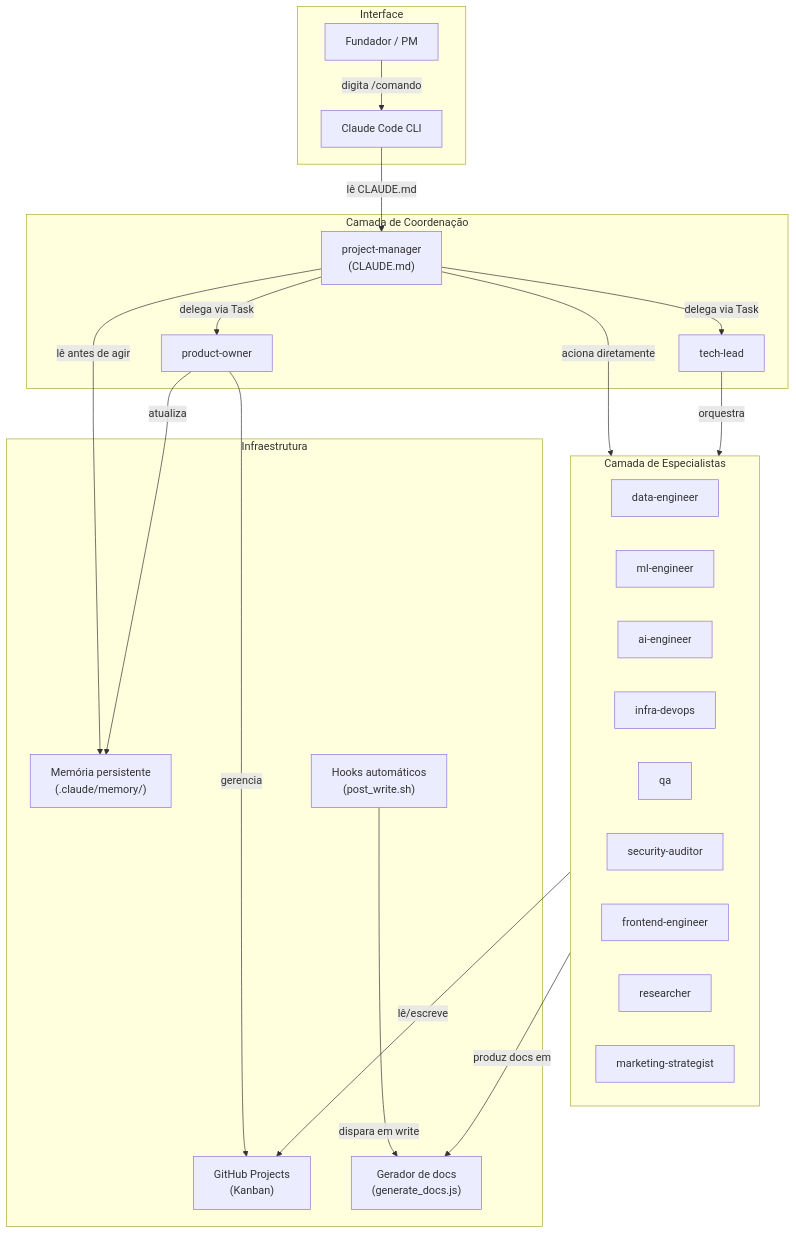
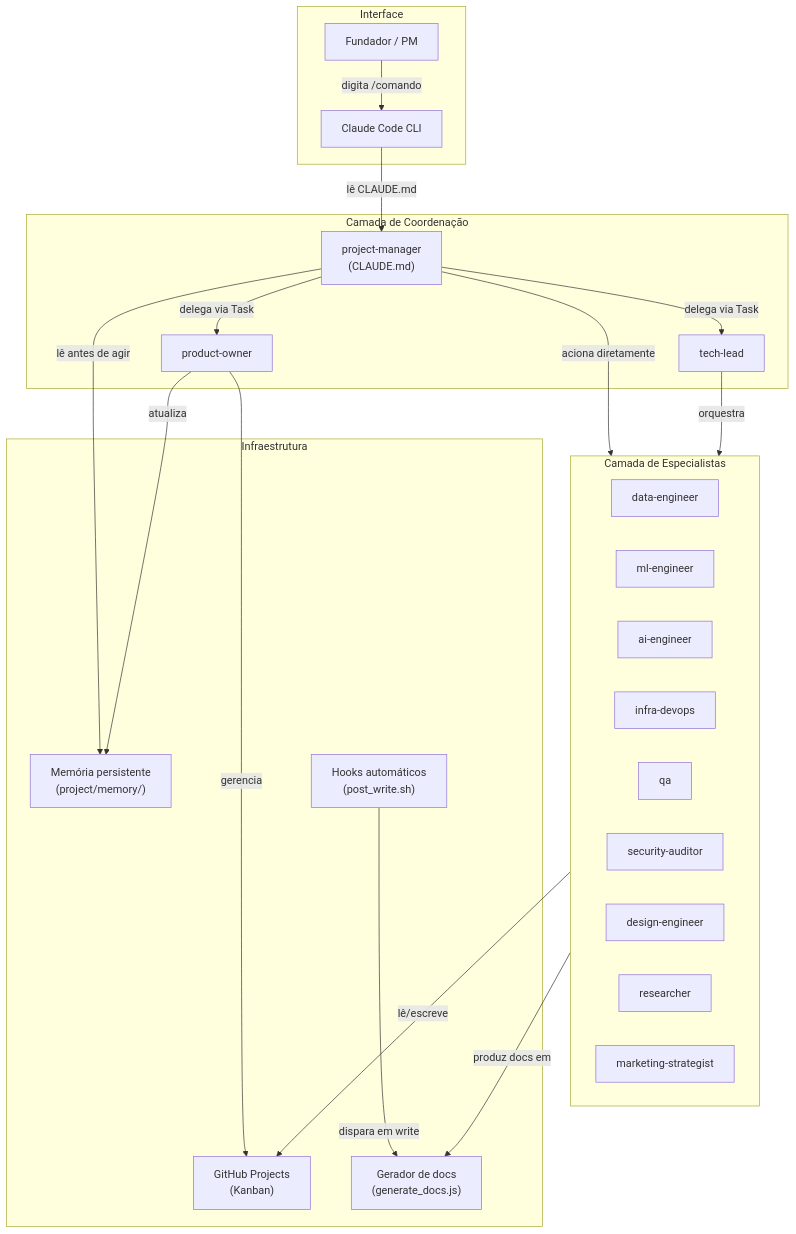
Before and after one commit to ggnicolau/claude-code-enterprise-template: the diagram in docs-site/architecture/overview.md, drawn with Mermaid. The commit also changed other lines of this file and 18 other files, not shown here.

````diff
--- a/docs-site/architecture/overview.md
+++ b/docs-site/architecture/overview.md
@@ -9,46 +9,46 @@
 ```mermaid
 graph TB
     subgraph UI["Interface"]
         USER["Fundador / PM"]
         CLI["Claude Code CLI"]
     end
 
     subgraph COORD["Camada de Coordenação"]
         PM["project-manager\n(CLAUDE.md)"]
         TL["tech-lead"]
         PO["product-owner"]
     end
 
     subgraph SPEC["Camada de Especialistas"]
         direction LR
         DE["data-engineer"]
         MLE["ml-engineer"]
         AIE["ai-engineer"]
         IDF["infra-devops"]
         QA["qa"]
         SEC["security-auditor"]
-        FE["frontend-engineer"]
+        FE["design-engineer"]
         RES["researcher"]
         MKT["marketing-strategist"]
     end
 
     subgraph INFRA["Infraestrutura"]
         GH["GitHub Projects\n(Kanban)"]
-        MEM["Memória persistente\n(.claude/memory/)"]
+        MEM["Memória persistente\n(project/memory/)"]
         HOOKS["Hooks automáticos\n(post_write.sh)"]
         DOCS["Gerador de docs\n(generate_docs.js)"]
     end
 
     USER -->|"digita /comando"| CLI
     CLI -->|"lê CLAUDE.md"| PM
     PM -->|"delega via Task"| TL
     PM -->|"delega via Task"| PO
     PM -->|"aciona diretamente"| RES
     TL -->|"orquestra"| SPEC
     PO -->|"gerencia"| GH
     SPEC -->|"lê/escreve"| GH
     SPEC -->|"produz docs em"| DOCS
     HOOKS -->|"dispara em write"| DOCS
     PM -->|"lê antes de agir"| MEM
     PO -->|"atualiza"| MEM
 ```
````
